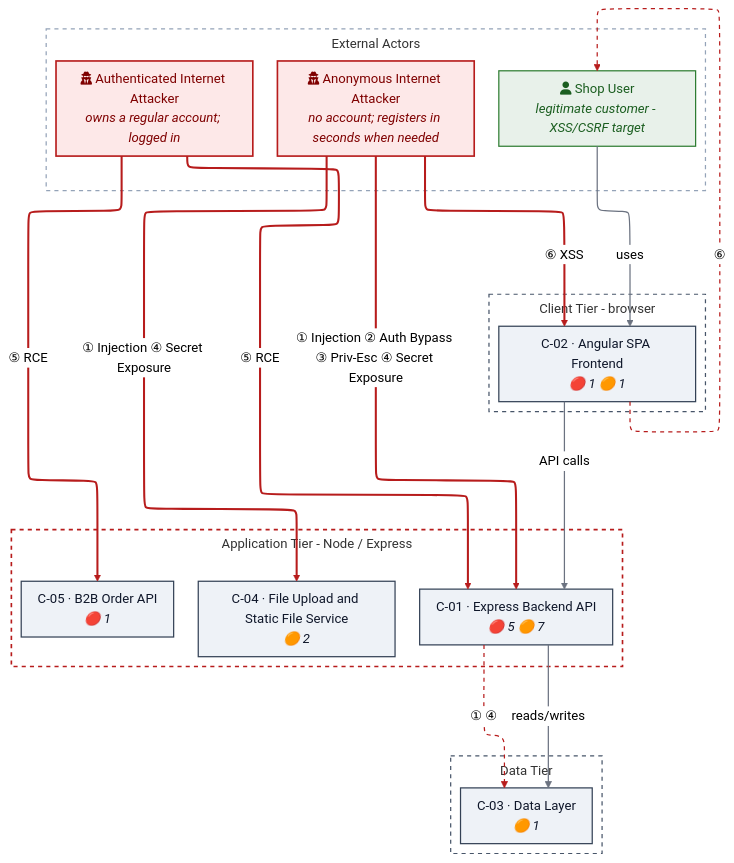
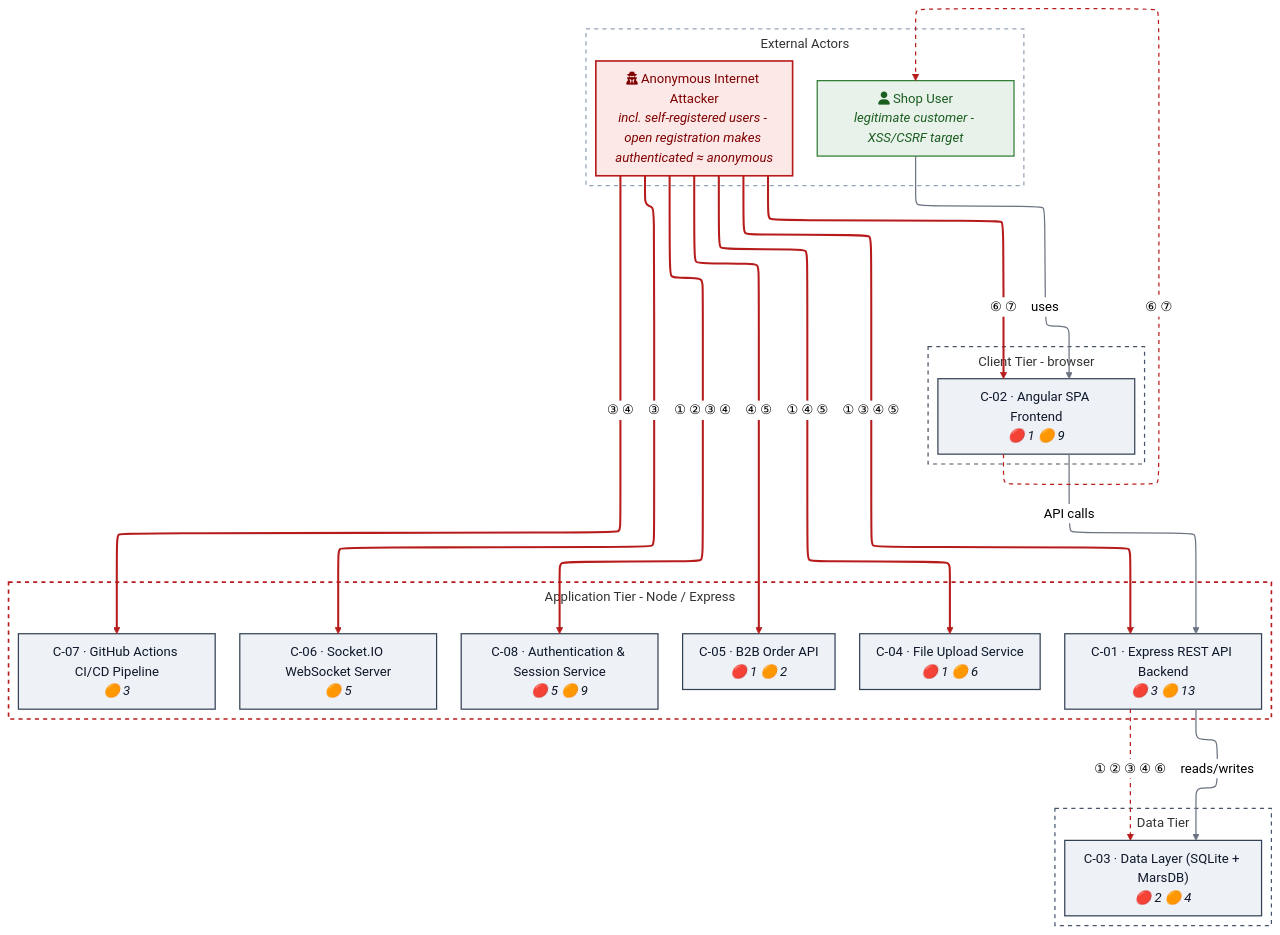
One commit to appsec-foundry/appsec-analyzer changed the diagram in README.md. Above: the diagram before and after it, drawn with Mermaid (neutral theme). The commit also changed other lines of this file, not shown here.

Commit message:
Example in Readme updated

````diff
--- a/README.md
+++ b/README.md
@@ -177,49 +177,53 @@
 ```mermaid
 %%{init: {"flowchart": {"defaultRenderer": "elk", "nodeSpacing": 34, "rankSpacing": 52, "padding": 10, "subGraphTitleMargin": {"top": 6, "bottom": 6}}} }%%
 flowchart TB
     subgraph ZONE_ACTORS["External Actors"]
         direction LR
         EXT_SHOPUSER["fa:fa-user Shop User<br/><i>legitimate customer - XSS/CSRF target</i>"]:::actorgood
-        ACT_INTERNET_ANON["fa:fa-user-secret Anonymous Internet Attacker<br/><i>no account; registers in seconds when needed</i>"]:::actorbad
-        ACT_INTERNET_USER["fa:fa-user-secret Authenticated Internet Attacker<br/><i>owns a regular account; logged in</i>"]:::actorbad
+        ACT_INTERNET_ANON["fa:fa-user-secret Anonymous Internet Attacker<br/><i>incl. self-registered users - open registration makes authenticated ≈ anonymous</i>"]:::actorbad
     end
 
     subgraph CLIENT["Client Tier - browser"]
-        CMP_ANGULAR_SPA["C-02 · Angular SPA Frontend<br/><i>🔴 1 🟠 1</i>"]:::comp
+        CMP_FRONTEND_SPA["C-02 · Angular SPA Frontend<br/><i>🔴 1 🟠 9</i>"]:::comp
     end
     subgraph APP["Application Tier - Node / Express"]
-        CMP_EXPRESS_BACKEND["C-01 · Express Backend API<br/><i>🔴 5 🟠 7</i>"]:::comp
-        CMP_FILE_UPLOAD_SERVICE["C-04 · File Upload and Static File Service<br/><i>🟠 2</i>"]:::comp
-        CMP_B2B_API["C-05 · B2B Order API<br/><i>🔴 1</i>"]:::comp
+        CMP_BACKEND_API["C-01 · Express REST API Backend<br/><i>🔴 3 🟠 13</i>"]:::comp
+        CMP_FILE_UPLOAD_SERVICE["C-04 · File Upload Service<br/><i>🔴 1 🟠 6</i>"]:::comp
+        CMP_B2B_API["C-05 · B2B Order API<br/><i>🔴 1 🟠 2</i>"]:::comp
+        CMP_WEBSOCKET_SERVER["C-06 · Socket.IO WebSocket Server<br/><i>🟠 5</i>"]:::comp
+        CMP_CI_CD_PIPELINE["C-07 · GitHub Actions CI/CD Pipeline<br/><i>🟠 3</i>"]:::comp
+        CMP_AUTH_SERVICE["C-08 · Authentication &amp; Session Service<br/><i>🔴 5 🟠 9</i>"]:::comp
     end
     subgraph DATA["Data Tier"]
-        CMP_DATA_LAYER["C-03 · Data Layer<br/><i>🟠 1</i>"]:::comp
+        CMP_DATA_PERSISTENCE["C-03 · Data Layer (SQLite + MarsDB)<br/><i>🔴 2 🟠 4</i>"]:::comp
     end
 
     %% legitimate request flow
-    EXT_SHOPUSER -->|"uses"| CMP_ANGULAR_SPA
-    CMP_ANGULAR_SPA -->|"API calls"| CMP_EXPRESS_BACKEND
-    CMP_EXPRESS_BACKEND -->|"reads/writes"| CMP_DATA_LAYER
+    EXT_SHOPUSER -->|"uses"| CMP_FRONTEND_SPA
+    CMP_FRONTEND_SPA -->|"API calls"| CMP_BACKEND_API
+    CMP_BACKEND_API -->|"reads/writes"| CMP_DATA_PERSISTENCE
     %% attacks (solid) - each originates at a threat actor; glyphs match Figure 2 / Top Threats
-    ACT_INTERNET_ANON ==>|"① Injection ② Auth Bypass ③ Priv-Esc ④ Secret Exposure"| CMP_EXPRESS_BACKEND
-    ACT_INTERNET_ANON ==>|"① Injection ④ Secret Exposure"| CMP_FILE_UPLOAD_SERVICE
-    ACT_INTERNET_USER ==>|"⑤ RCE"| CMP_B2B_API
-    ACT_INTERNET_USER ==>|"⑤ RCE"| CMP_EXPRESS_BACKEND
-    ACT_INTERNET_ANON ==>|"⑥ XSS"| CMP_ANGULAR_SPA
+    ACT_INTERNET_ANON ==>|"① ② ③ ④"| CMP_AUTH_SERVICE
+    ACT_INTERNET_ANON ==>|"① ③ ④ ⑤"| CMP_BACKEND_API
+    ACT_INTERNET_ANON ==>|"① ④ ⑤"| CMP_FILE_UPLOAD_SERVICE
+    ACT_INTERNET_ANON ==>|"③"| CMP_WEBSOCKET_SERVER
+    ACT_INTERNET_ANON ==>|"③ ④"| CMP_CI_CD_PIPELINE
+    ACT_INTERNET_ANON ==>|"④ ⑤"| CMP_B2B_API
+    ACT_INTERNET_ANON ==>|"⑥ ⑦"| CMP_FRONTEND_SPA
     %% propagation (dotted) - how the attack reaches the data tier / victim
-    CMP_EXPRESS_BACKEND -.->|"① ④"| CMP_DATA_LAYER
-    CMP_ANGULAR_SPA -.->|"⑥"| EXT_SHOPUSER
+    CMP_BACKEND_API -.->|"① ② ③ ④ ⑥"| CMP_DATA_PERSISTENCE
+    CMP_FRONTEND_SPA -.->|"⑥ ⑦"| EXT_SHOPUSER
 
     style CLIENT fill:none,stroke:#475569,stroke-width:1.5px,stroke-dasharray:5
     style APP fill:none,stroke:#b71c1c,stroke-width:2px,stroke-dasharray:5
     style DATA fill:none,stroke:#475569,stroke-width:1.5px,stroke-dasharray:5
     style ZONE_ACTORS fill:none,stroke:#94a3b8,stroke-width:1.5px,stroke-dasharray:5
     classDef comp fill:#eef2f7,stroke:#334155,color:#0f172a,stroke-width:1.5px
     classDef compmuted fill:#f8fafc,stroke:#cbd5e1,color:#64748b,stroke-width:1px,font-size:9px
     classDef ext  fill:#ffffff,stroke:#94a3b8,color:#334155,stroke-width:1.5px
     classDef actorbad  fill:#fde8e8,stroke:#b71c1c,color:#7f0000,stroke-width:2px
     classDef actorgood fill:#e8f1ea,stroke:#2e7d32,color:#1b5e20,stroke-width:1.5px
     linkStyle 0,1,2 stroke:#6b7280,stroke-width:1.5px
-    linkStyle 3,4,5,6,7 stroke:#b71c1c,stroke-width:2.5px
-    linkStyle 8,9 stroke:#b71c1c,stroke-width:1.5px,stroke-dasharray:5
+    linkStyle 3,4,5,6,7,8,9 stroke:#b71c1c,stroke-width:2.5px
+    linkStyle 10,11 stroke:#b71c1c,stroke-width:1.5px,stroke-dasharray:5
 ```
````
